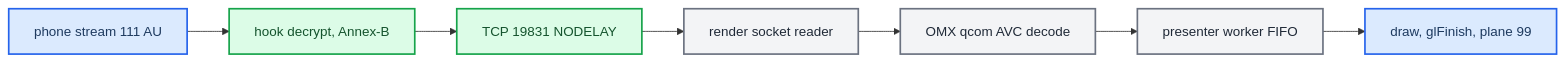
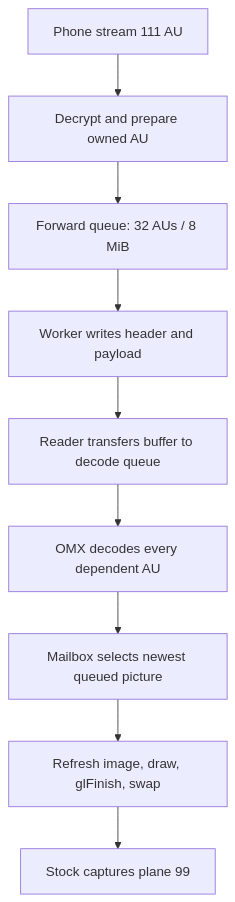
One commit to luka-dev/mib2q-carplay-rgi changed the first of 3 diagrams in docs/altscreen-and-video/VIDEO_PIPELINE.md. Above: the diagram before and after it, drawn with Mermaid. The commit also changed other lines of this file and 71 other files, not shown here.

First line of the commit message:
feat(altscreen): bound video pacing and prioritize input commands

````diff
--- a/docs/altscreen-and-video/VIDEO_PIPELINE.md
+++ b/docs/altscreen-and-video/VIDEO_PIPELINE.md
@@ -11,24 +17,19 @@
 ```mermaid
-flowchart LR
-  accTitle: AltScreen video delivery from phone to cluster plane
-  accDescr: Stream 111 enters the hook receiver, is forwarded over TCP 19831 with TCP_NODELAY, read by altscreen_render, decoded by OMX, queued to a presenter worker, drawn with glFinish and swapped to plane 99.
-  phone["phone stream 111 AU"]
-  recv["hook decrypt, Annex-B"]
-  fwd["TCP 19831 NODELAY"]
-  reader["render socket reader"]
-  omx["OMX qcom AVC decode"]
-  worker["presenter worker FIFO"]
-  plane["draw, glFinish, plane 99"]
-  phone --> recv
-  recv --> fwd
-  fwd --> reader
-  reader --> omx
-  omx --> worker
-  worker --> plane
-  classDef primary fill:#dbeafe,stroke:#2563eb,stroke-width:2px,color:#1e3a5f
-  classDef success fill:#dcfce7,stroke:#16a34a,stroke-width:2px,color:#14532d
-  classDef neutral fill:#f3f4f6,stroke:#6b7280,stroke-width:2px,color:#1f2937
-  class phone,plane primary
-  class recv,fwd success
-  class reader,omx,worker neutral
+flowchart TB
+    accTitle: Current AltScreen frame delivery pipeline
+    accDescr: The hook transfers owned buffers to a forwarding worker, the renderer reads and decodes them, and a mailbox presenter draws into plane 99 before the independent stock capture clock samples it.
+
+    phone_stream["Phone stream 111 AU"]
+    prepare_frame["Decrypt and prepare owned AU"]
+    forward_queue["Forward queue: 32 AUs / 8 MiB"]
+    write_record["Worker writes header and payload"]
+    decode_queue["Reader transfers buffer to decode queue"]
+    omx_decode["OMX decodes every dependent AU"]
+    select_picture["Mailbox selects newest queued picture"]
+    present_picture["Refresh image, draw, glFinish, swap"]
+    stock_capture["Stock captures plane 99"]
+
+    phone_stream --> prepare_frame --> forward_queue --> write_record
+    write_record --> decode_queue --> omx_decode --> select_picture
+    select_picture --> present_picture --> stock_capture
 ```
````
